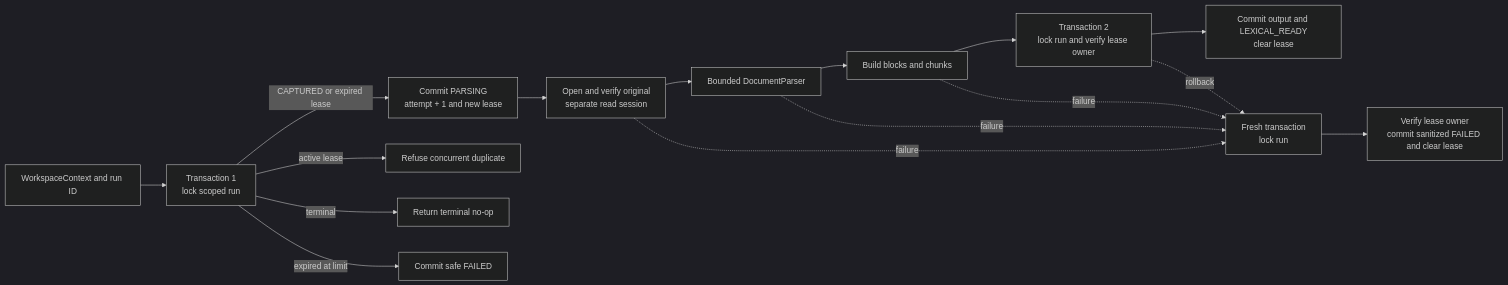
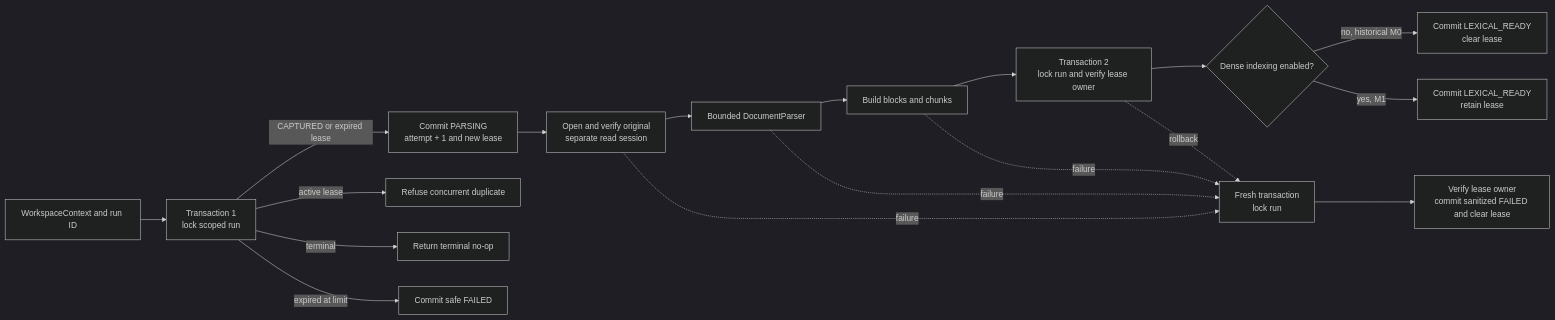
The sixth of 10 diagrams in backend/src/investment_research/modules/processing/README.md (rnkraus/investment-research), drawn with Mermaid (dark theme) before and after one commit. The commit also changed other lines of this file and 1 other file, not shown here.

````diff
--- a/backend/src/investment_research/modules/processing/README.md
+++ b/backend/src/investment_research/modules/processing/README.md
@@ -168,18 +175,20 @@
 ```mermaid
 flowchart LR
     INPUT[WorkspaceContext and run ID] --> START[Transaction 1<br/>lock scoped run]
     START -->|CAPTURED or expired lease| PARSING[Commit PARSING<br/>attempt + 1 and new lease]
     START -->|active lease| BUSY[Refuse concurrent duplicate]
     START -->|terminal| NOOP[Return terminal no-op]
     START -->|expired at limit| EXHAUSTED[Commit safe FAILED]
     PARSING --> ORIGINAL[Open and verify original<br/>separate read session]
     ORIGINAL --> PARSER[Bounded DocumentParser]
     PARSER --> BUILD[Build blocks and chunks]
     BUILD --> SUCCESS[Transaction 2<br/>lock run and verify lease owner]
-    SUCCESS --> READY[Commit output and LEXICAL_READY<br/>clear lease]
+    SUCCESS --> MODE{Dense indexing enabled?}
+    MODE -->|no, historical M0| M0_READY[Commit LEXICAL_READY<br/>clear lease]
+    MODE -->|yes, M1| M1_READY[Commit LEXICAL_READY<br/>retain lease]
     ORIGINAL -. failure .-> FAILURE[Fresh transaction<br/>lock run]
     PARSER -. failure .-> FAILURE
     BUILD -. failure .-> FAILURE
     SUCCESS -. rollback .-> FAILURE
     FAILURE --> FAILED[Verify lease owner<br/>commit sanitized FAILED and clear lease]
 ```
````
